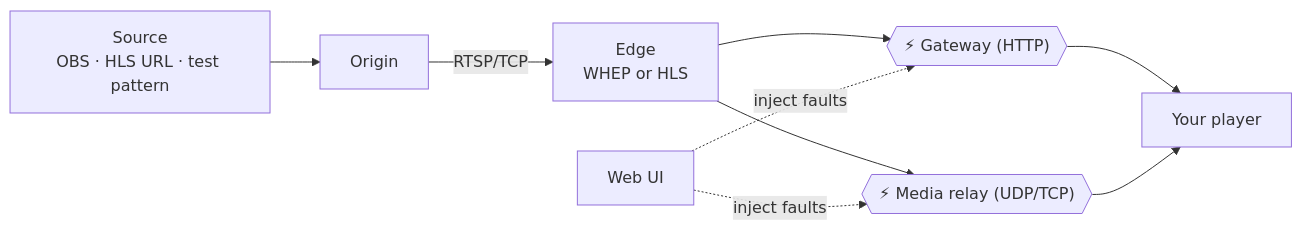
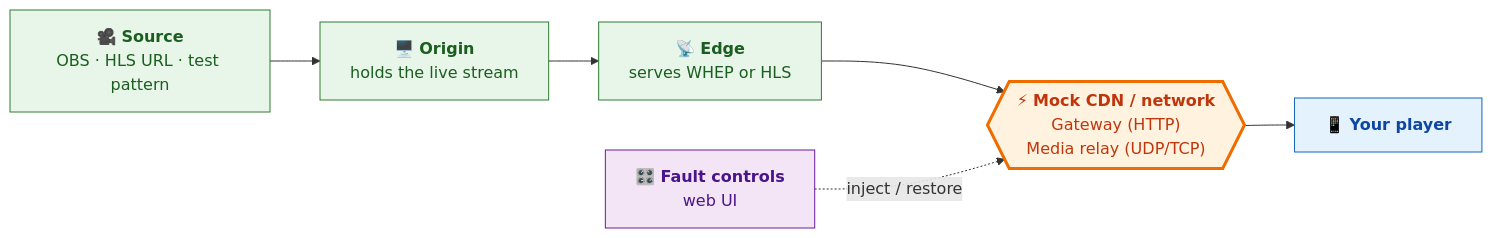
Before and after one commit to aman-ar/stream-fault-lab: the diagram in ONE_PAGER.md, drawn with Mermaid. The commit also changed other lines of this file and 1 other file, not shown here.

Commit message:
Simplify one-pager: styled diagram, test areas, CDN mocking

````diff
--- a/ONE_PAGER.md
+++ b/ONE_PAGER.md
@@ -29,9 +8,21 @@
 ```mermaid
 flowchart LR
-    S[Source<br/>OBS · HLS URL · test pattern] --> O[Origin]
-    O -- RTSP/TCP --> E[Edge<br/>WHEP or HLS]
-    E --> G{{"⚡ Gateway (HTTP)"}} --> P[Your player]
-    E --> R{{"⚡ Media relay (UDP/TCP)"}} --> P
-    UI[Web UI] -. inject faults .-> G
-    UI -. inject faults .-> R
+    SRC["🎥 <b>Source</b><br/>OBS · HLS URL · test pattern"]
+    ORI["🖥️ <b>Origin</b><br/>holds the live stream"]
+    EDG["📡 <b>Edge</b><br/>serves WHEP or HLS"]
+    CDN{{"⚡ <b>Mock CDN / network</b><br/>Gateway (HTTP)<br/>Media relay (UDP/TCP)"}}
+    PLY["📱 <b>Your player</b>"]
+    CTL["🎛️ <b>Fault controls</b><br/>web UI"]
+
+    SRC --> ORI --> EDG --> CDN --> PLY
+    CTL -. inject / restore .-> CDN
+
+    classDef healthy fill:#e8f5e9,stroke:#2e7d32,color:#1b5e20
+    classDef fault fill:#fff3e0,stroke:#ef6c00,stroke-width:3px,color:#bf360c
+    classDef player fill:#e3f2fd,stroke:#1565c0,color:#0d47a1
+    classDef ctl fill:#f3e5f5,stroke:#6a1b9a,color:#4a148c
+    class SRC,ORI,EDG healthy
+    class CDN fault
+    class PLY player
+    class CTL ctl
 ```
````
